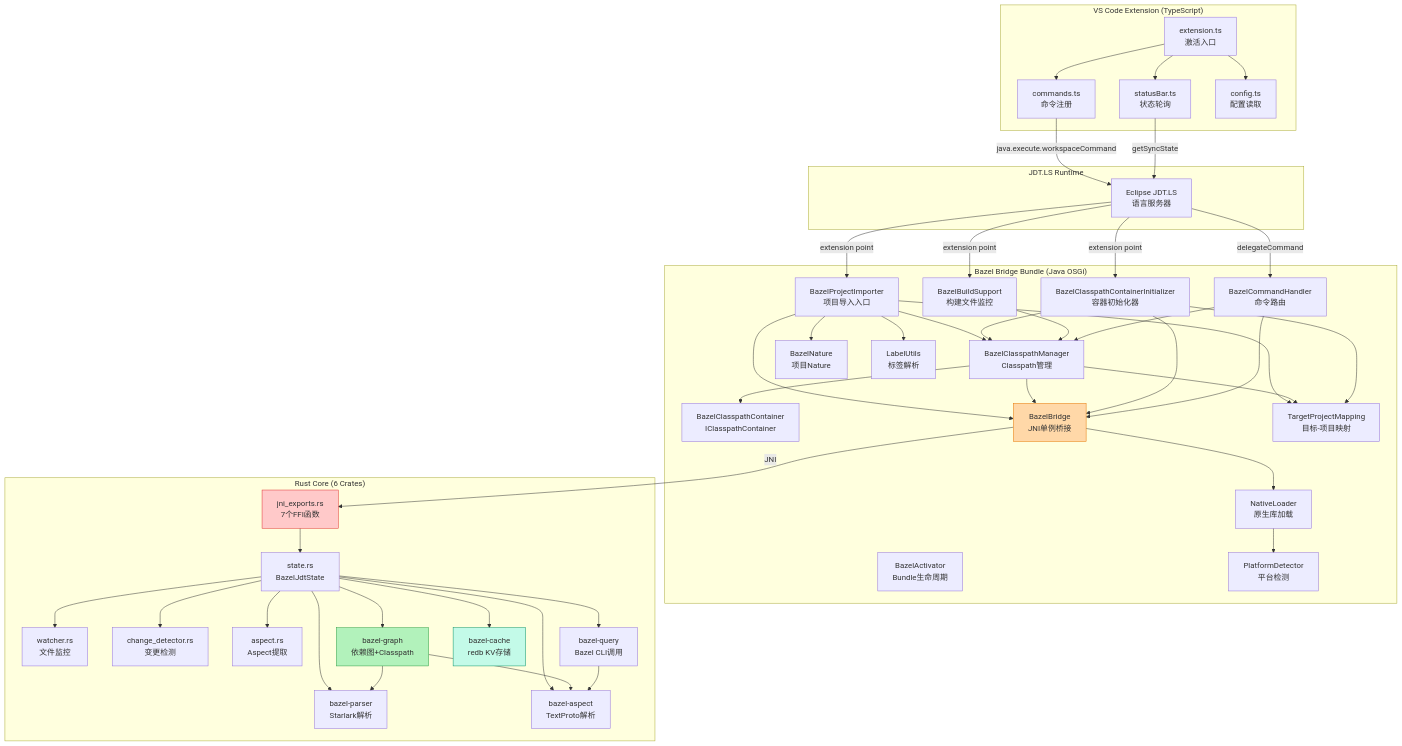
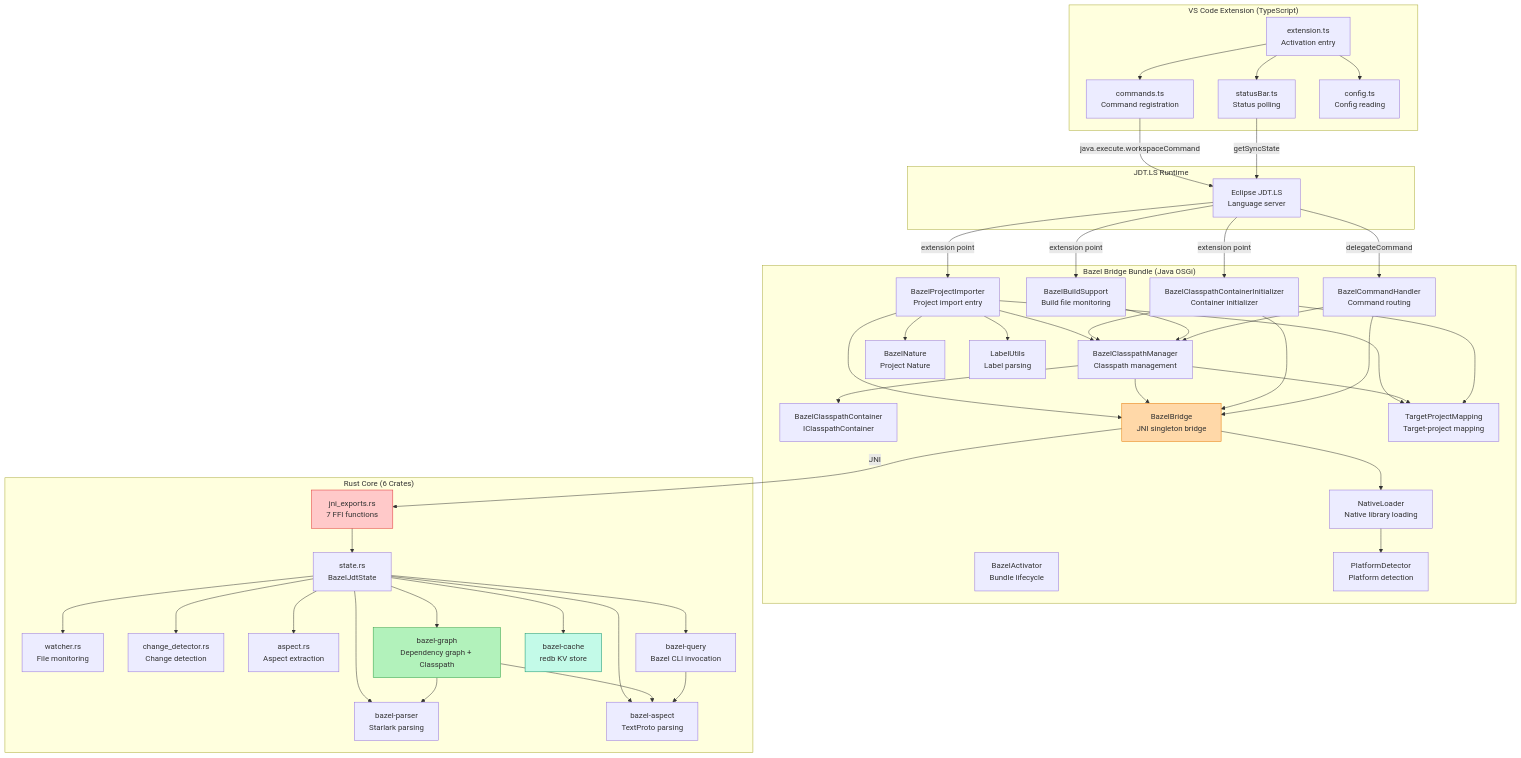
The first of 9 diagrams in docs/architecture-analysis.md (runchen0919/bazel-vscode-java-bridge), drawn with Mermaid before and after one commit. The commit also changed other lines of this file and 2 other files, not shown here.

First line of the commit message:
docs: translate technical docs and architecture diagram from Chinese to English

````diff
--- a/docs/architecture-analysis.md
+++ b/docs/architecture-analysis.md
@@ -38,43 +38,43 @@
 ```mermaid
 graph TB
     subgraph "VS Code Extension (TypeScript)"
-        EXT[extension.ts<br/>激活入口]
-        CMD[commands.ts<br/>命令注册]
-        SB[statusBar.ts<br/>状态轮询]
-        CFG[config.ts<br/>配置读取]
+        EXT[extension.ts<br/>Activation entry]
+        CMD[commands.ts<br/>Command registration]
+        SB[statusBar.ts<br/>Status polling]
+        CFG[config.ts<br/>Config reading]
     end
 
     subgraph "JDT.LS Runtime"
-        JDT[Eclipse JDT.LS<br/>语言服务器]
+        JDT[Eclipse JDT.LS<br/>Language server]
     end
 
     subgraph "Bazel Bridge Bundle (Java OSGi)"
-        ACT[BazelActivator<br/>Bundle生命周期]
-        IMP[BazelProjectImporter<br/>项目导入入口]
-        CPM[BazelClasspathManager<br/>Classpath管理]
+        ACT[BazelActivator<br/>Bundle lifecycle]
+        IMP[BazelProjectImporter<br/>Project import entry]
+        CPM[BazelClasspathManager<br/>Classpath management]
         CPC[BazelClasspathContainer<br/>IClasspathContainer]
-        CPI[BazelClasspathContainerInitializer<br/>容器初始化器]
-        BS[BazelBuildSupport<br/>构建文件监控]
-        CH[BazelCommandHandler<br/>命令路由]
-        BB[BazelBridge<br/>JNI单例桥接]
-        NL[NativeLoader<br/>原生库加载]
-        PD[PlatformDetector<br/>平台检测]
-        NAT[BazelNature<br/>项目Nature]
-        TPM[TargetProjectMapping<br/>目标-项目映射]
-        LU[LabelUtils<br/>标签解析]
+        CPI[BazelClasspathContainerInitializer<br/>Container initializer]
+        BS[BazelBuildSupport<br/>Build file monitoring]
+        CH[BazelCommandHandler<br/>Command routing]
+        BB[BazelBridge<br/>JNI singleton bridge]
+        NL[NativeLoader<br/>Native library loading]
+        PD[PlatformDetector<br/>Platform detection]
+        NAT[BazelNature<br/>Project Nature]
+        TPM[TargetProjectMapping<br/>Target-project mapping]
+        LU[LabelUtils<br/>Label parsing]
     end
 
     subgraph "Rust Core (6 Crates)"
-        JNI[jni_exports.rs<br/>7个FFI函数]
+        JNI[jni_exports.rs<br/>7 FFI functions]
         ST[state.rs<br/>BazelJdtState]
-        WT[watcher.rs<br/>文件监控]
-        CD[change_detector.rs<br/>变更检测]
-        ASP[aspect.rs<br/>Aspect提取]
-        PARSER[bazel-parser<br/>Starlark解析]
-        ASPECT[bazel-aspect<br/>TextProto解析]
-        QUERY[bazel-query<br/>Bazel CLI调用]
-        GRAPH[bazel-graph<br/>依赖图+Classpath]
-        CACHE[bazel-cache<br/>redb KV存储]
+        WT[watcher.rs<br/>File monitoring]
+        CD[change_detector.rs<br/>Change detection]
+        ASP[aspect.rs<br/>Aspect extraction]
+        PARSER[bazel-parser<br/>Starlark parsing]
+        ASPECT[bazel-aspect<br/>TextProto parsing]
+        QUERY[bazel-query<br/>Bazel CLI invocation]
+        GRAPH[bazel-graph<br/>Dependency graph + Classpath]
+        CACHE[bazel-cache<br/>redb KV store]
     end
 
     EXT --> CMD
````
